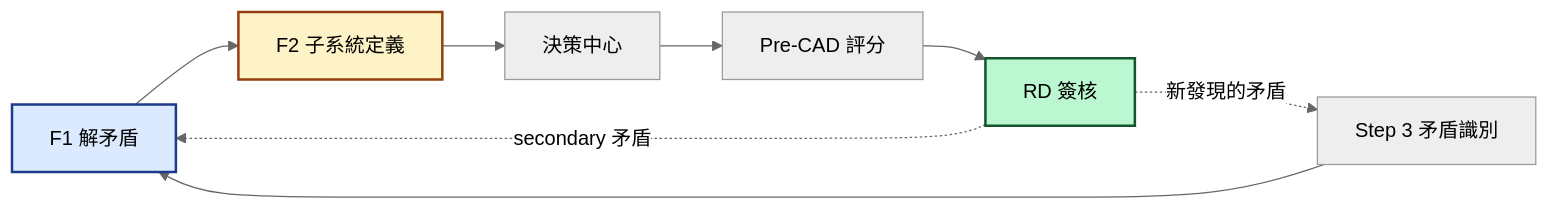
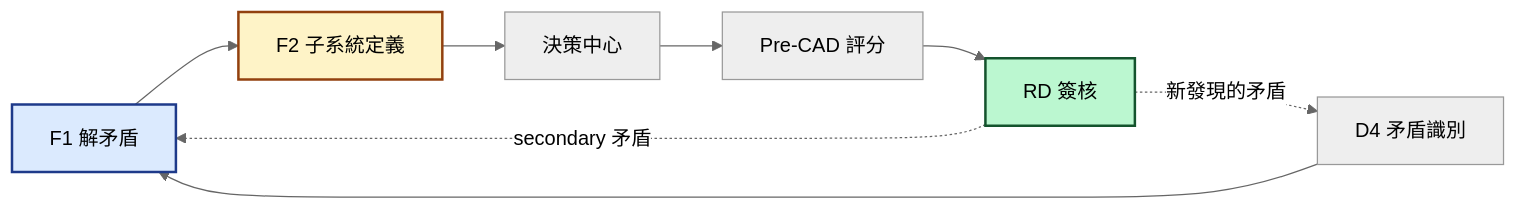
Before and after one commit to Zenobia0000/RD_copilot_system: diagram 30 of 30 in docs/01-define/diagrams/appendix-b--forward-triz-solver.md, drawn with Mermaid. The commit also changed other lines of this file and 45 other files, not shown here.

````diff
--- a/docs/01-define/diagrams/appendix-b--forward-triz-solver.md
+++ b/docs/01-define/diagrams/appendix-b--forward-triz-solver.md
@@ -1303,15 +1303,15 @@
 ```mermaid
 %%{init: {'theme': 'neutral'}}%%
 flowchart LR
     A[F1 解矛盾] --> B[F2 子系統定義]
     B --> C[決策中心]
     C --> D[Pre-CAD 評分]
     D --> E[RD 簽核]
     E -.->|secondary 矛盾| A
-    E -.->|新發現的矛盾| F[Step 3 矛盾識別]
+    E -.->|新發現的矛盾| F[D4 矛盾識別]
     F --> A
 
     style A fill:#dbeafe,stroke:#1e3a8a,stroke-width:2px,color:#000
     style B fill:#fef3c7,stroke:#92400e,stroke-width:2px,color:#000
     style E fill:#bbf7d0,stroke:#14532d,stroke-width:2px,color:#000
 ```
````
